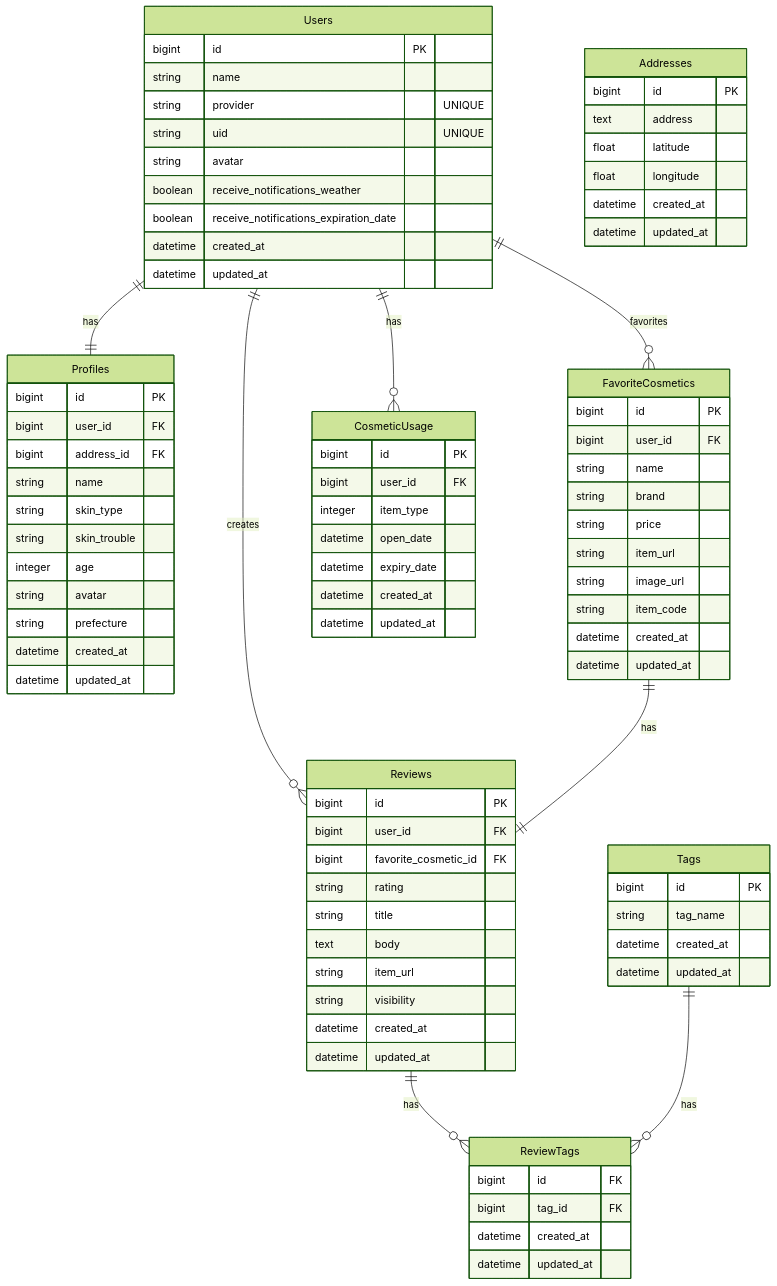
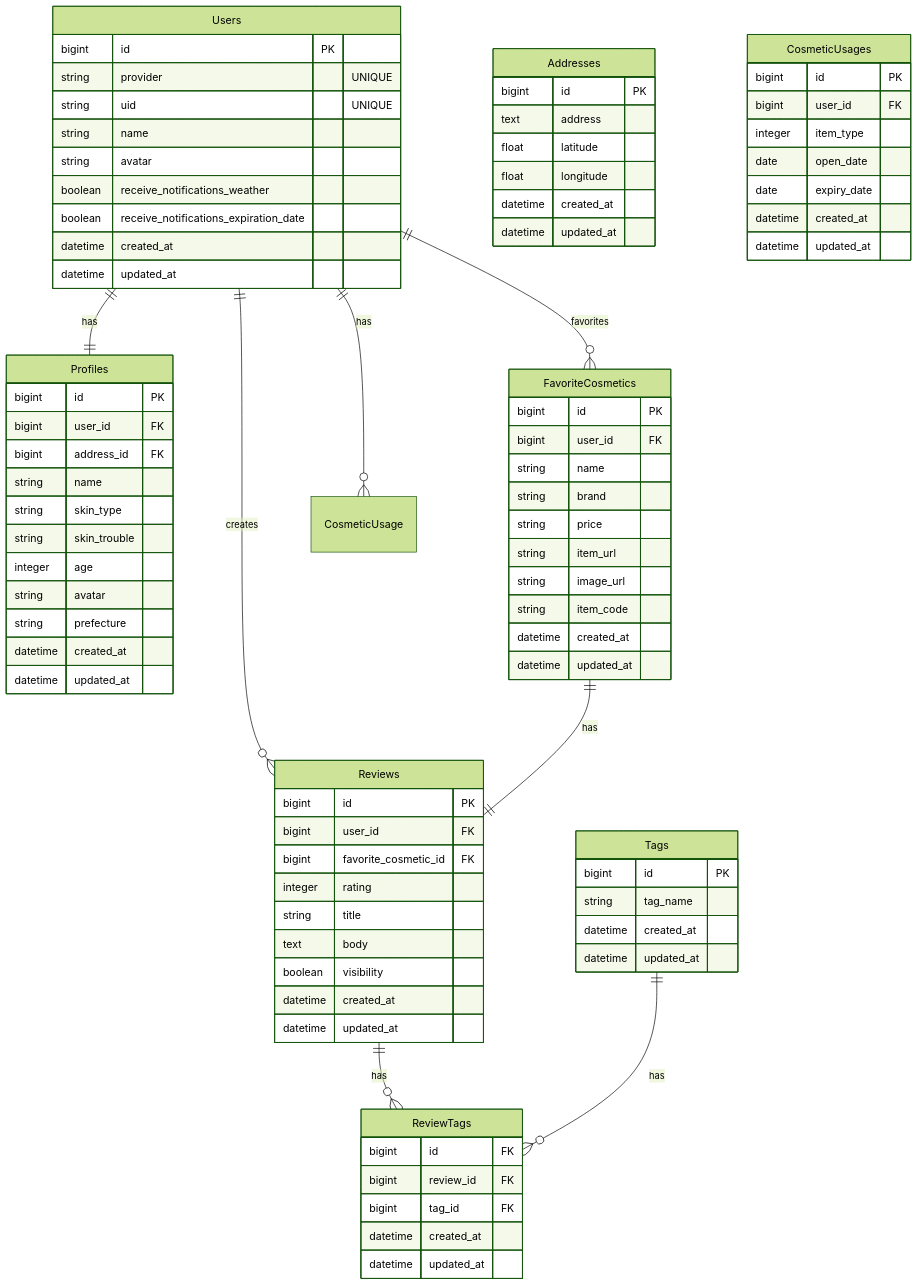
One commit to rk0325/korecare changed the diagram in README.md. Above: the diagram before and after it, drawn with Mermaid (forest theme). The commit also changed 4 other files, not shown here.

```diff
--- a/README.md
+++ b/README.md
@@ -118,9 +118,9 @@
 
 Users {
   bigint id PK
-  string name
   string provider "UNIQUE"
   string uid "UNIQUE"
+  string name
   string avatar
   boolean receive_notifications_weather
   boolean receive_notifications_expiration_date
@@ -164,12 +164,12 @@
   datetime updated_at
 }
 
-CosmeticUsage {
+CosmeticUsages {
   bigint id PK
   bigint user_id FK
   integer item_type
-  datetime open_date
-  datetime expiry_date
+  date open_date
+  date expiry_date
   datetime created_at
   datetime updated_at
 }
@@ -178,11 +178,10 @@
   bigint id PK
   bigint user_id FK
   bigint favorite_cosmetic_id FK
-  string rating
+  integer rating
   string title
   text body
-  string item_url
-  string visibility
+  boolean visibility
   datetime created_at
   datetime updated_at
 }
@@ -196,6 +195,7 @@
 
 ReviewTags {
   bigint id FK
+  bigint review_id FK
   bigint tag_id FK
   datetime created_at
   datetime updated_at
```
